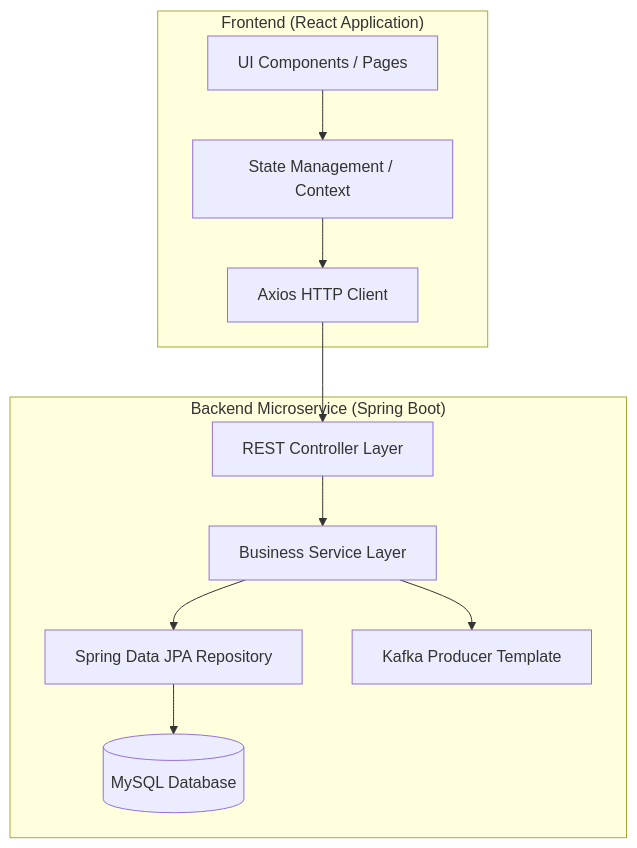
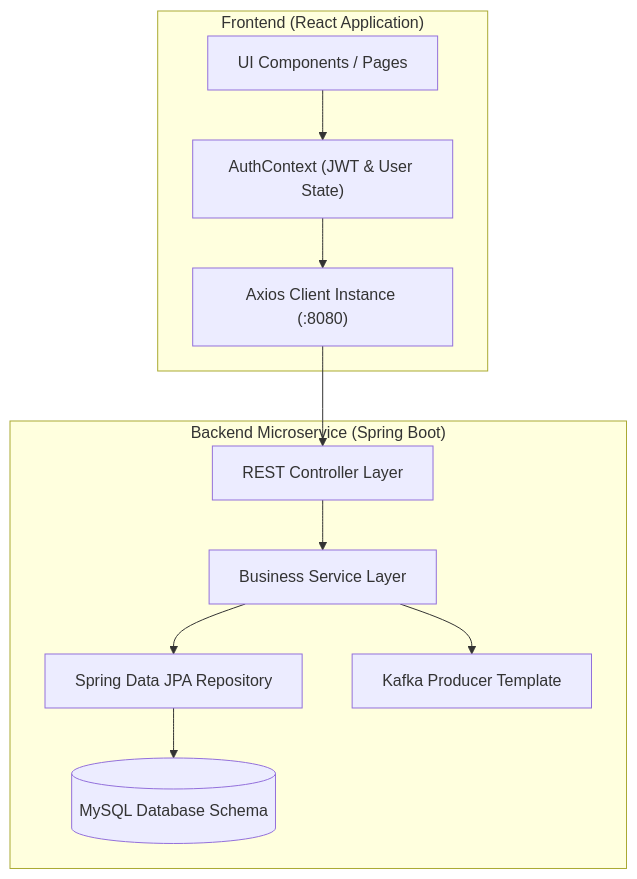
One commit to sushmitha-katika-dev/build-flow changed the third of 6 diagrams in docs/03_ARCHITECTURE.md. Above: the diagram before and after it, drawn with Mermaid. The commit also changed other lines of this file and 8 other files, not shown here.

````diff
--- a/docs/03_ARCHITECTURE.md
+++ b/docs/03_ARCHITECTURE.md
@@ -53,16 +53,16 @@
 ```mermaid
 graph TD
     subgraph Frontend ["Frontend (React Application)"]
-        UI["UI Components / Pages"] --> Redux["State Management / Context"]
-        Redux --> Axios["Axios HTTP Client"]
+        UI["UI Components / Pages"] --> AuthCtx["AuthContext (JWT & User State)"]
+        AuthCtx --> Axios["Axios Client Instance (:8080)"]
     end
     
     subgraph Backend ["Backend Microservice (Spring Boot)"]
         Controller["REST Controller Layer"] --> Service["Business Service Layer"]
         Service --> Repository["Spring Data JPA Repository"]
-        Repository --> DB[("MySQL Database")]
+        Repository --> DB[("MySQL Database Schema")]
         Service --> KafkaProducer["Kafka Producer Template"]
     end
     
     Axios --> Controller
 ```
````
